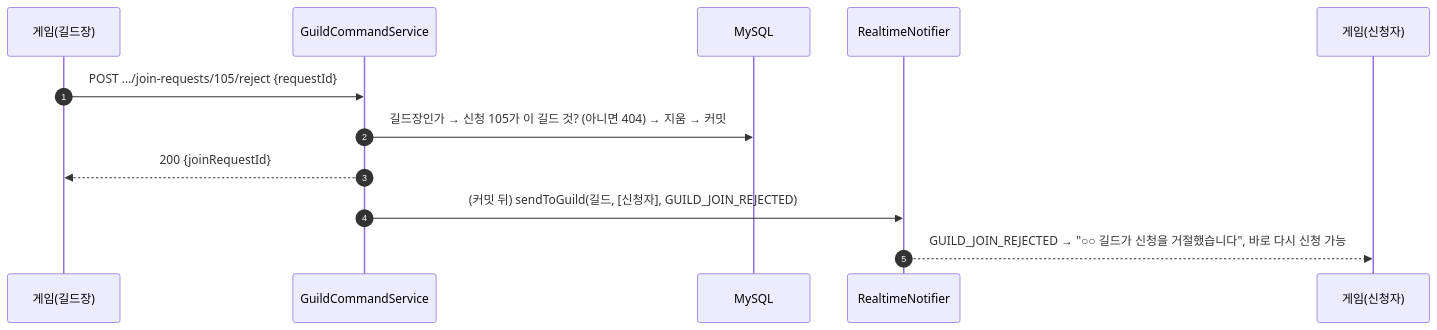
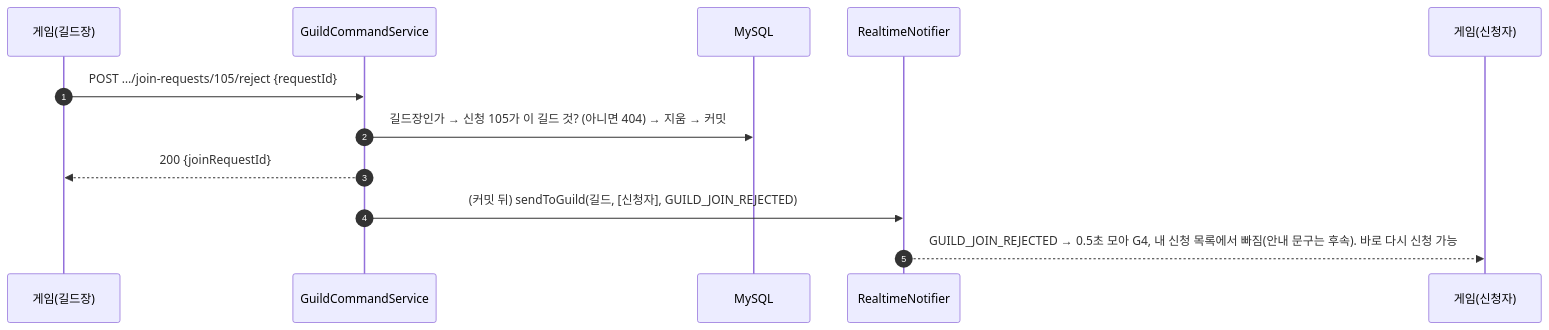
The fourth of 8 diagrams in docs/flows/guild.md (NBCGameServerCamp09Team01/PW01), drawn with Mermaid before and after one commit. The commit also changed other lines of this file and 6 other files, not shown here.

````diff
--- a/docs/flows/guild.md
+++ b/docs/flows/guild.md
@@ -114,15 +118,15 @@
 ```mermaid
 sequenceDiagram
   autonumber
   participant GL as 게임(길드장)
   participant S as GuildCommandService
   participant DB as MySQL
   participant N as RealtimeNotifier
   participant GA as 게임(신청자)
 
   GL->>S: POST …/join-requests/105/reject {requestId}
   S->>DB: 길드장인가 → 신청 105가 이 길드 것? (아니면 404) → 지움 → 커밋
   S-->>GL: 200 {joinRequestId}
   S->>N: (커밋 뒤) sendToGuild(길드, [신청자], GUILD_JOIN_REJECTED)
-  N-->>GA: GUILD_JOIN_REJECTED → "○○ 길드가 신청을 거절했습니다", 바로 다시 신청 가능
+  N-->>GA: GUILD_JOIN_REJECTED → 0.5초 모아 G4, 내 신청 목록에서 빠짐(안내 문구는 후속). 바로 다시 신청 가능
 ```
````
